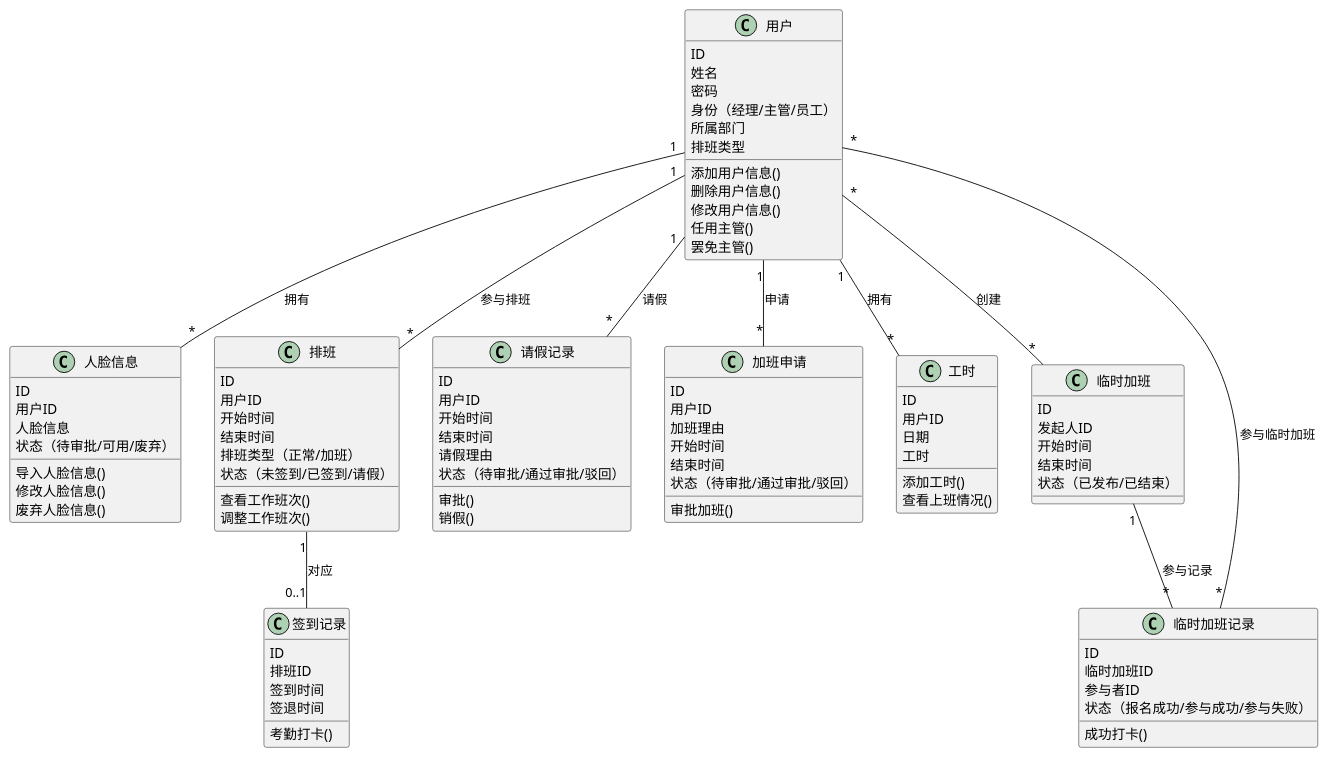
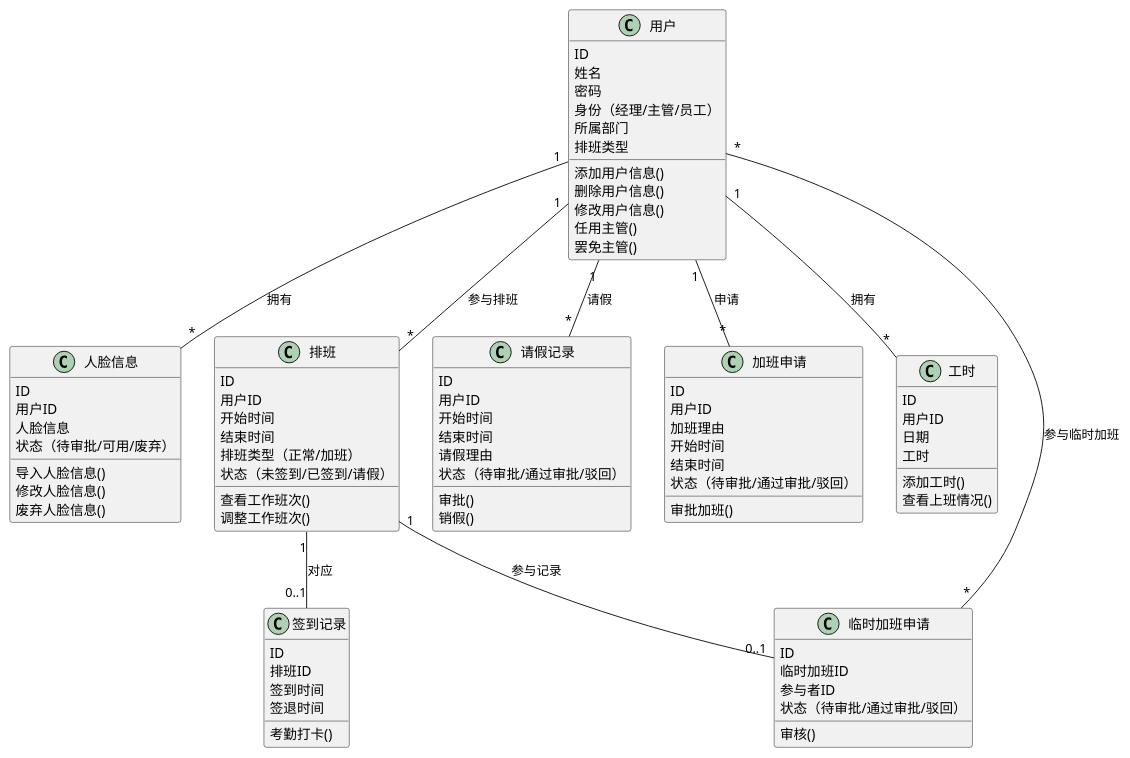
The diagram in class_diagram.wsd (szdx4/attsys-docs), drawn with PlantUML before and after one commit. The commit also changed 2 other files, not shown here.

```diff
--- a/class_diagram.wsd
+++ b/class_diagram.wsd
@@ -1,120 +1,111 @@
 @startuml
 
 ' 类图
 
 class 用户 {
     ID
     姓名
     密码
     身份（经理/主管/员工）
     所属部门
     排班类型
 
     添加用户信息()
     删除用户信息()
     修改用户信息()
     任用主管()
     罢免主管()
 
 }
 
 class 人脸信息 {
     ID
     用户ID
     人脸信息
     状态（待审批/可用/废弃）
 
     导入人脸信息()
     修改人脸信息()
     废弃人脸信息()
 }
 
 class 排班 {
     ID
     用户ID
     开始时间
     结束时间
     排班类型（正常/加班）
     状态（未签到/已签到/请假）
     
     查看工作班次()
     调整工作班次()
 }
 
 class 签到记录 {
     ID
     排班ID
     签到时间
     签退时间
 
     考勤打卡()
 }
 
 class 请假记录 {
     ID
     用户ID
     开始时间
     结束时间
     请假理由
     状态（待审批/通过审批/驳回）
 
     审批()
     销假()
 }
 
 class 加班申请 {
     ID
     用户ID
     加班理由
     开始时间
     结束时间
     状态（待审批/通过审批/驳回）
 
     审批加班()
 }
 
 class 工时 {
     ID
     用户ID
     日期
     工时
 
     添加工时()
     查看上班情况()
 }
 
-class 临时加班 {
-    ID
-    发起人ID
-    开始时间
-    结束时间
-    状态（已发布/已结束）
-}
-
-class 临时加班记录 {
+class 临时加班申请 {
     ID
     临时加班ID
     参与者ID
-    状态（报名成功/参与成功/参与失败）
+    状态（待审批/通过审批/驳回）
 
-    成功打卡()
+    审核()
 }
 
 用户 "1" -- "*" 排班 : 参与排班
 用户 "1" -- "*" 请假记录 : 请假
 用户 "1" -- "*" 加班申请 : 申请
 用户 "1" -- "*" 人脸信息 : 拥有
 排班 "1" -- "0..1" 签到记录 : 对应
 用户 "1" -- "*" 工时 : 拥有
 
-用户 "*" -- "*" 临时加班 : 创建
-用户 "*" -- "*" 临时加班记录 : 参与临时加班
-临时加班 "1" -- "*" 临时加班记录 : 参与记录
+用户 "*" -- "*" 临时加班申请 : 参与临时加班
+排班 "1" -- "0..1" 临时加班申请 : 参与记录
 
 ' 用户 .> 排班 : 查看上班情况
 ' 用户 .> 请假记录 : 审批请假记录
 ' 用户 .> 加班申请 : 审批加班申请
 ' 签到记录 .> 临时加班记录 : 确认打卡
 ' 签到记录 .> 工时 : 添加工时
 
 @enduml
```
